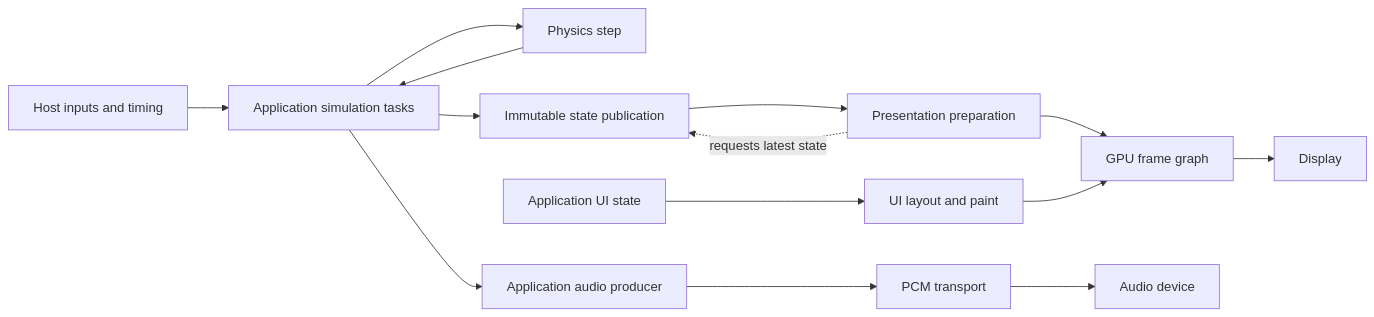
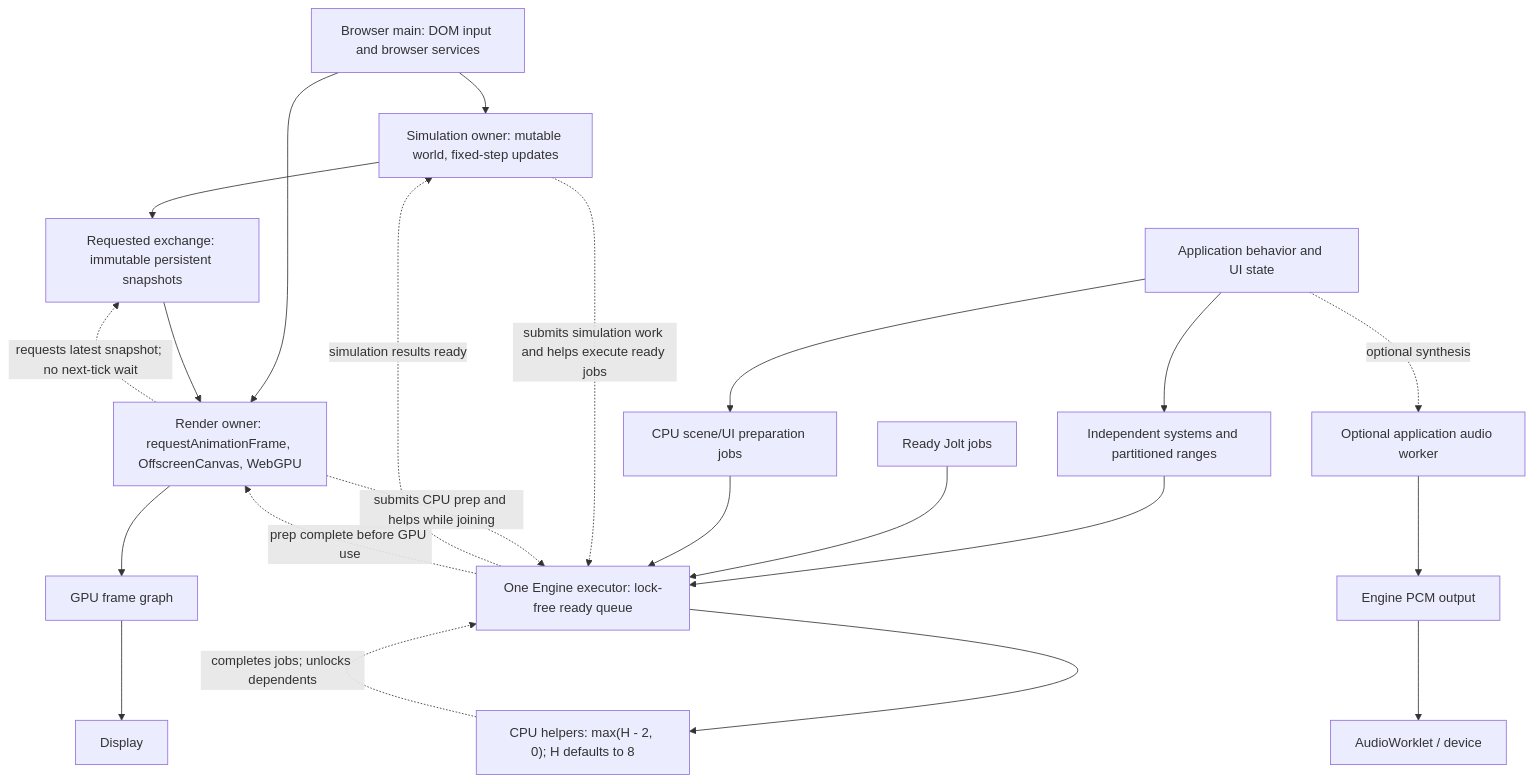
Before and after one commit to algu1984/riviera-engine: the second of 2 diagrams in docs/ENGINE_DESIGN.md, drawn with Mermaid. The commit also changed other lines of this file and 16 other files, not shown here.

````diff
--- a/docs/ENGINE_DESIGN.md
+++ b/docs/ENGINE_DESIGN.md
@@ -88,16 +93,38 @@
 ```mermaid
-flowchart LR
-    Host["Host inputs and timing"] --> Sim["Application simulation tasks"]
-    Sim --> Physics["Physics step"]
-    Physics --> Sim
-    Sim --> Publish["Immutable state publication"]
-    Publish --> Prepare["Presentation preparation"]
-    Prepare --> Graph["GPU frame graph"]
-    Graph --> Screen["Display"]
-    Sim --> Sound["Application audio producer"]
-    Prepare -. "requests latest state" .-> Publish
-    Sound --> PCM["PCM transport"]
-    PCM --> Device["Audio device"]
-    AppUI["Application UI state"] --> UI["UI layout and paint"]
-    UI --> Graph
+flowchart TB
+    Main["Browser main: DOM input and browser services"]
+    Sim["Simulation owner: mutable world, fixed-step updates"]
+    Render["Render owner: requestAnimationFrame, OffscreenCanvas, WebGPU"]
+    Exchange["Requested exchange: immutable persistent snapshots"]
+    Queue["One Engine executor: lock-free ready queue"]
+    Helpers["CPU helpers: max(H - 2, 0); H defaults to 8"]
+    Systems["Independent systems and partitioned ranges"]
+    Jolt["Ready Jolt jobs"]
+    Prep["CPU scene/UI preparation jobs"]
+    App["Application behavior and UI state"]
+    AudioWorker["Optional application audio worker"]
+    PCM["Engine PCM output"]
+    Device["AudioWorklet / device"]
+    GPU["GPU frame graph"]
+    Display["Display"]
+    Main --> Sim
+    Main --> Render
+    Sim --> Exchange
+    Render -. "requests latest snapshot; no next-tick wait" .-> Exchange
+    Exchange --> Render
+    App --> Systems
+    App --> Prep
+    Systems --> Queue
+    Jolt --> Queue
+    Prep --> Queue
+    Queue --> Helpers
+    Sim -. "submits simulation work and helps execute ready jobs" .-> Queue
+    Render -. "submits CPU prep and helps while joining" .-> Queue
+    Helpers -. "completes jobs; unlocks dependents" .-> Queue
+    Queue -. "simulation results ready" .-> Sim
+    Queue -. "prep complete before GPU use" .-> Render
+    App -. "optional synthesis" .-> AudioWorker
+    AudioWorker --> PCM --> Device
+    Render --> GPU
+    GPU --> Display
 ```
````
